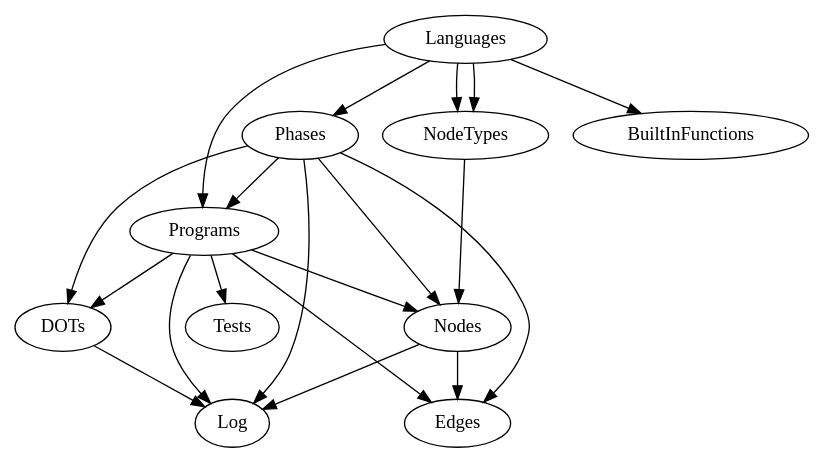
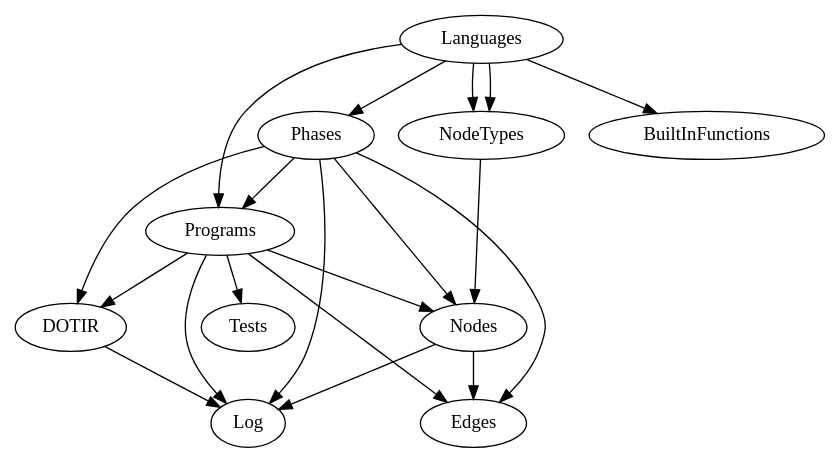
The diagram in doc/data_model.dot (soft-lang/soft), drawn with Graphviz before and after one commit. The commit also changed 32 other files, not shown here.

```diff
--- a/doc/data_model.dot
+++ b/doc/data_model.dot
@@ -1,21 +1,21 @@
 digraph {
     Languages -> Phases
     Languages -> NodeTypes
     Languages -> NodeTypes
     Languages -> Programs
     Phases -> Programs
     Programs -> Nodes
     NodeTypes -> Nodes
     Phases -> Nodes
     Programs -> Edges
     Nodes -> Edges
     Phases -> Edges
     Programs -> Log
     Nodes -> Log
     Phases -> Log
     Programs -> Tests
     Languages -> BuiltInFunctions
-    Programs -> DOTs
-    Phases -> DOTs
-    DOTs -> Log
+    Programs -> DOTIR
+    Phases -> DOTIR
+    DOTIR -> Log
 }
```
